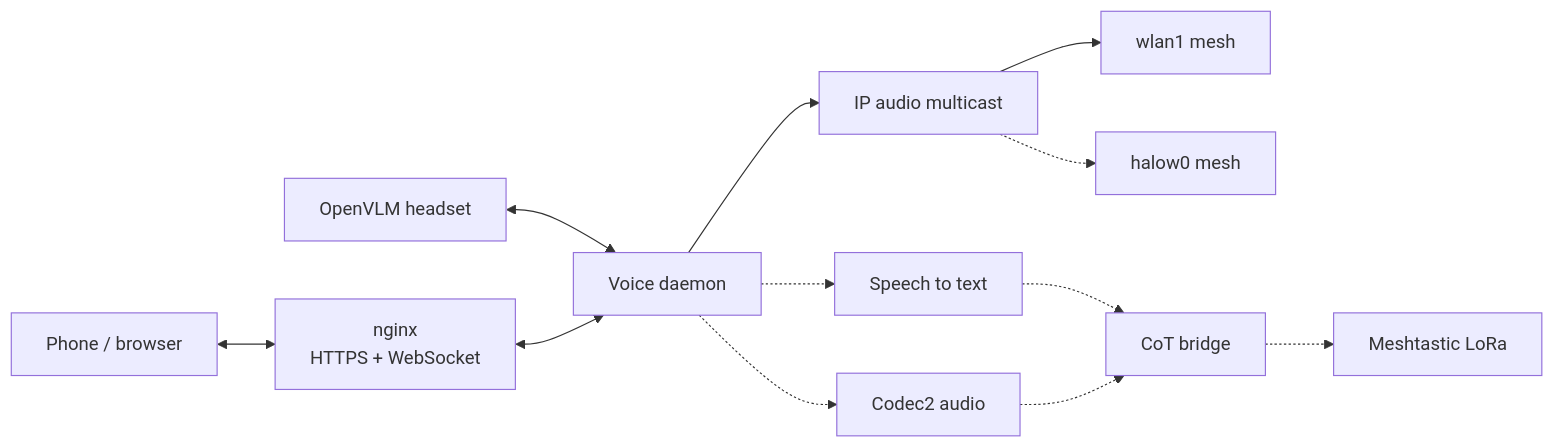
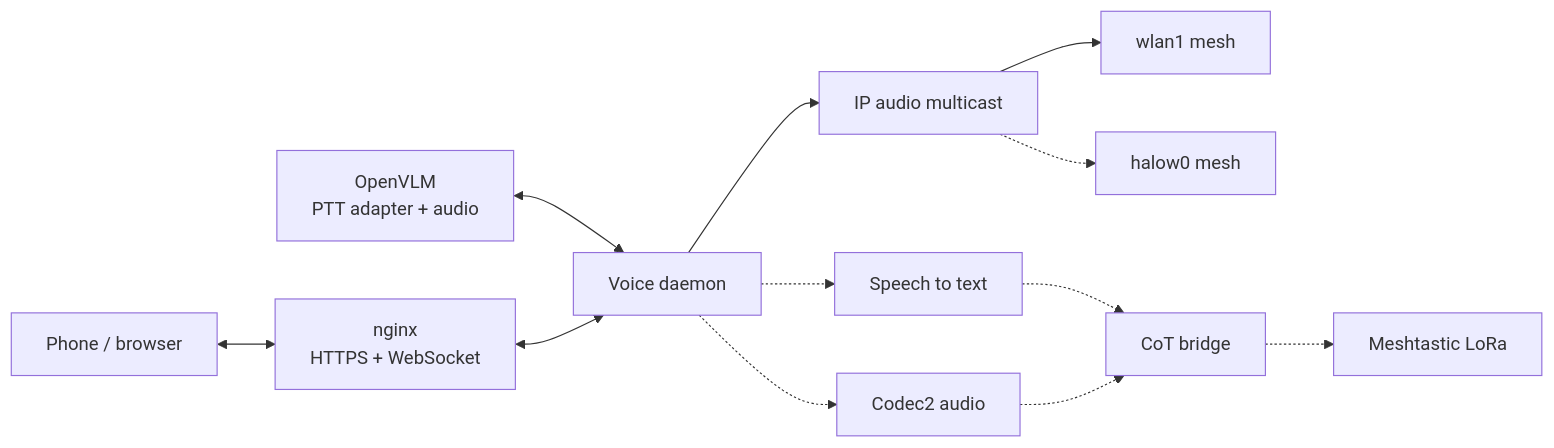
One commit to Natak-Mesh/V3_OS changed the fifth of 7 diagrams in docs/architecture.md. Above: the diagram before and after it, drawn with Mermaid. The commit also changed other lines of this file, not shown here.

Commit message:
docs: show OpenVLM as PTT adapter

````diff
--- a/docs/architecture.md
+++ b/docs/architecture.md
@@ -164,14 +161,14 @@
 ```mermaid
 flowchart LR
-    headset["OpenVLM headset"] <--> voice["Voice daemon"]
+    openvlm["OpenVLM<br/>PTT adapter + audio"] <--> voice["Voice daemon"]
     browser["Phone / browser"] <--> nginx["nginx<br/>HTTPS + WebSocket"]
     nginx <--> voice
     voice --> ip["IP audio multicast"]
     ip --> wifi["wlan1 mesh"]
     ip -.-> halow["halow0 mesh"]
     voice -.-> text["Speech to text"]
     voice -.-> codec["Codec2 audio"]
     text -.-> bridge["CoT bridge"]
     codec -.-> bridge
     bridge -.-> radio["Meshtastic LoRa"]
 ```
````
